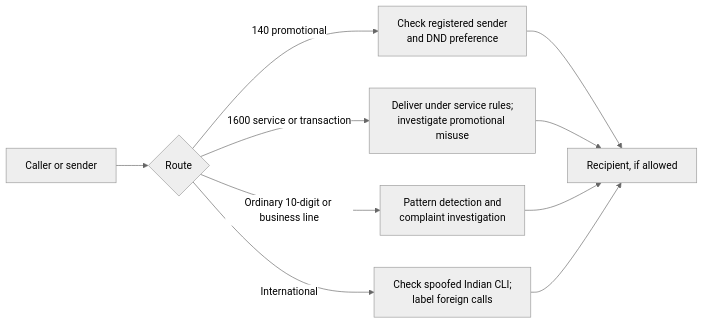
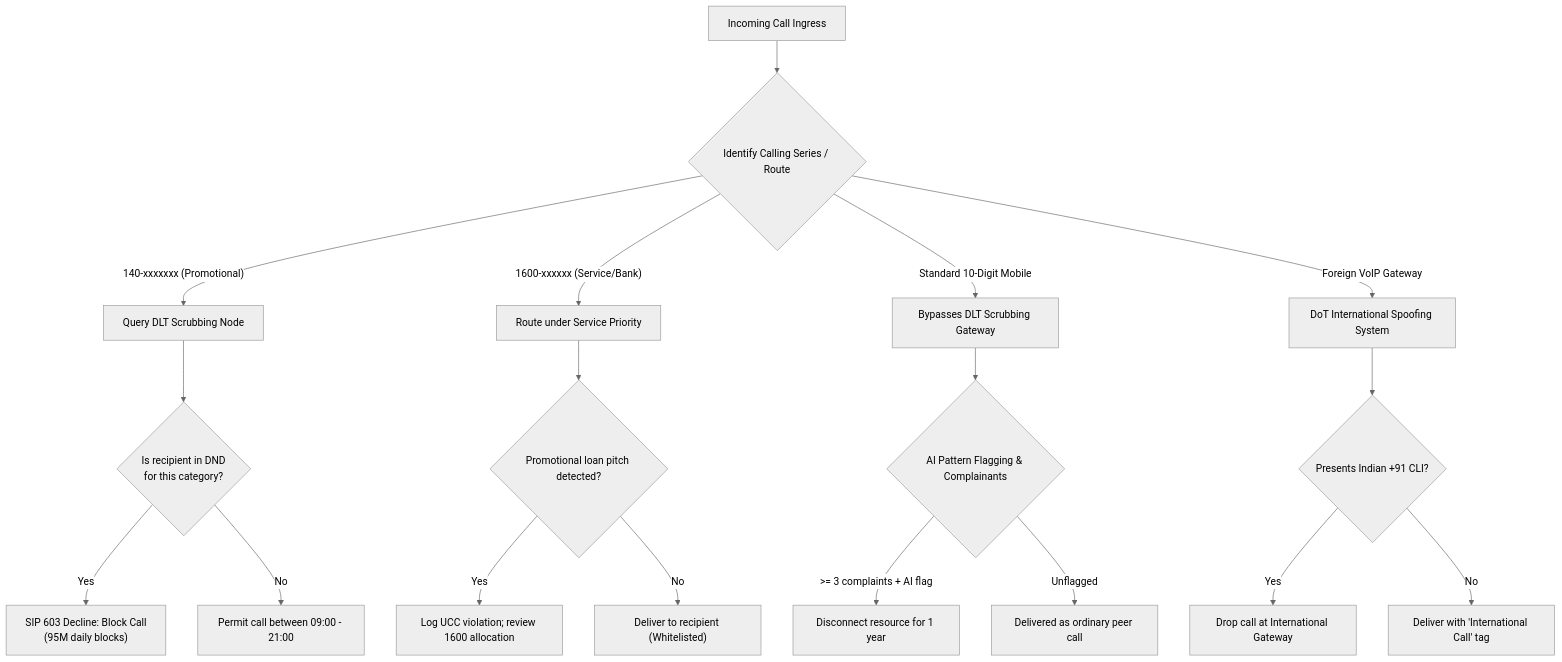
Before and after one commit to rsrini7/Learnings: the diagram in News/Security/India-Spam-Calls-DND-And-TRAI-Enforcement-Oct-2026.md, drawn with Mermaid (neutral theme). The commit also changed other lines of this file and 5 other files, not shown here.

Commit message:
docs(security): add three new security architecture diagrams

````diff
--- a/News/Security/India-Spam-Calls-DND-And-TRAI-Enforcement-Oct-2026.md
+++ b/News/Security/India-Spam-Calls-DND-And-TRAI-Enforcement-Oct-2026.md
@@ -24,12 +102,24 @@
 ```mermaid
-flowchart LR
-    A["Caller or sender"] --> B{"Route"}
-    B -->|"140 promotional"| C["Check registered sender<br/>and DND preference"]
-    B -->|"1600 service or transaction"| D["Deliver under service rules;<br/>investigate promotional misuse"]
-    B -->|"Ordinary 10-digit or business line"| E["Pattern detection and<br/>complaint investigation"]
-    B -->|"International"| F["Check spoofed Indian CLI;<br/>label foreign calls"]
-    C --> G["Recipient, if allowed"]
-    D --> G
-    E --> G
-    F --> G
+flowchart TD
+    A["Incoming Call Ingress"] --> B{"Identify Calling Series / Route"}
+    
+    B -->|"140-xxxxxxx (Promotional)"| C["Query DLT Scrubbing Node"]
+    C --> D{"Is recipient in DND<br/>for this category?"}
+    D -->|Yes| E["SIP 603 Decline: Block Call<br/>(95M daily blocks)"]
+    D -->|No| F["Permit call between 09:00 - 21:00"]
+    
+    B -->|"1600-xxxxxx (Service/Bank)"| G["Route under Service Priority"]
+    G --> H{"Promotional loan pitch detected?"}
+    H -->|Yes| I["Log UCC violation; review 1600 allocation"]
+    H -->|No| J["Deliver to recipient (Whitelisted)"]
+    
+    B -->|"Standard 10-Digit Mobile"| K["Bypasses DLT Scrubbing Gateway"]
+    K --> L{"AI Pattern Flagging & Complainants"}
+    L -->|>= 3 complaints + AI flag| M["Disconnect resource for 1 year"]
+    L -->|Unflagged| N["Delivered as ordinary peer call"]
+    
+    B -->|"Foreign VoIP Gateway"| O["DoT International Spoofing System"]
+    O --> P{"Presents Indian +91 CLI?"}
+    P -->|Yes| Q["Drop call at International Gateway"]
+    P -->|No| R["Deliver with 'International Call' tag"]
 ```
````
